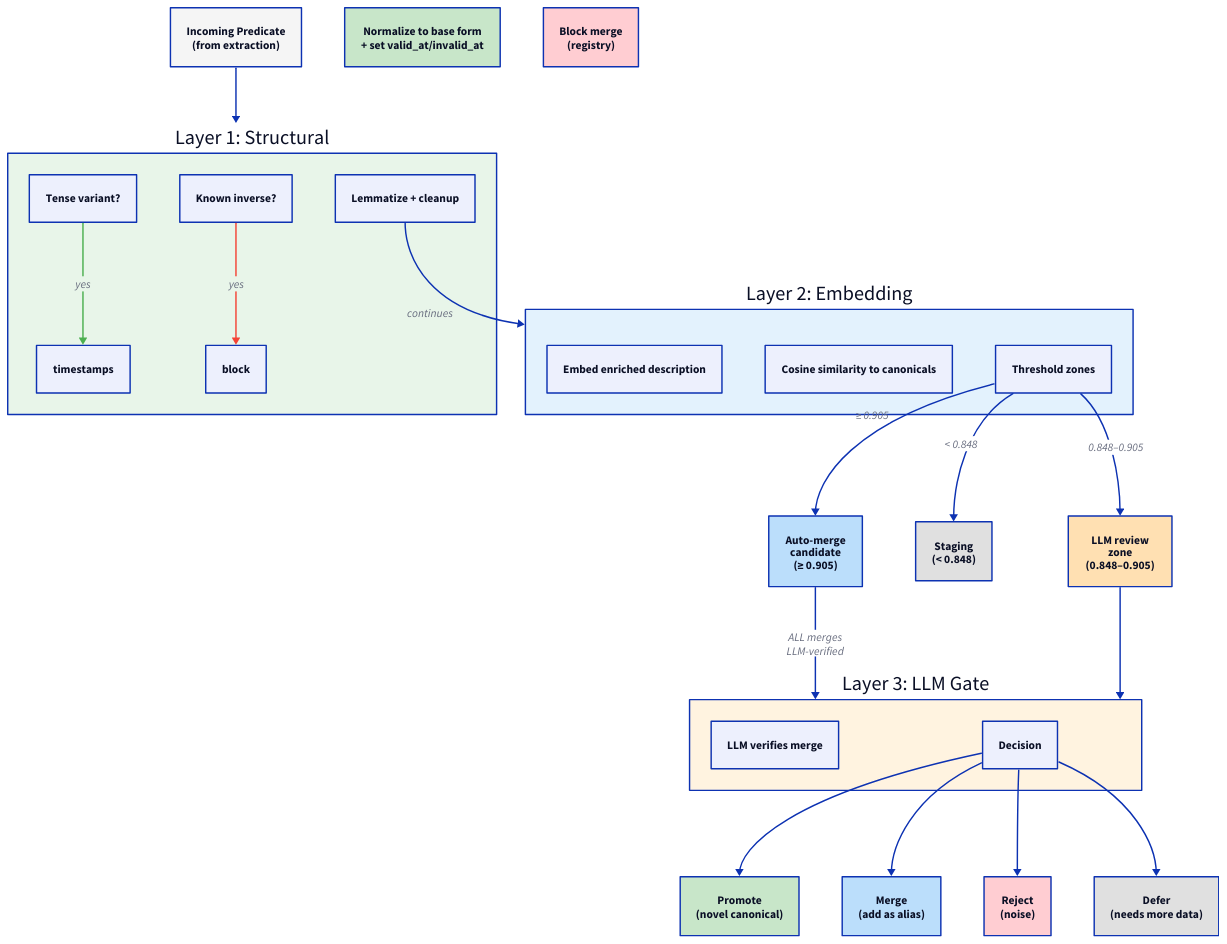
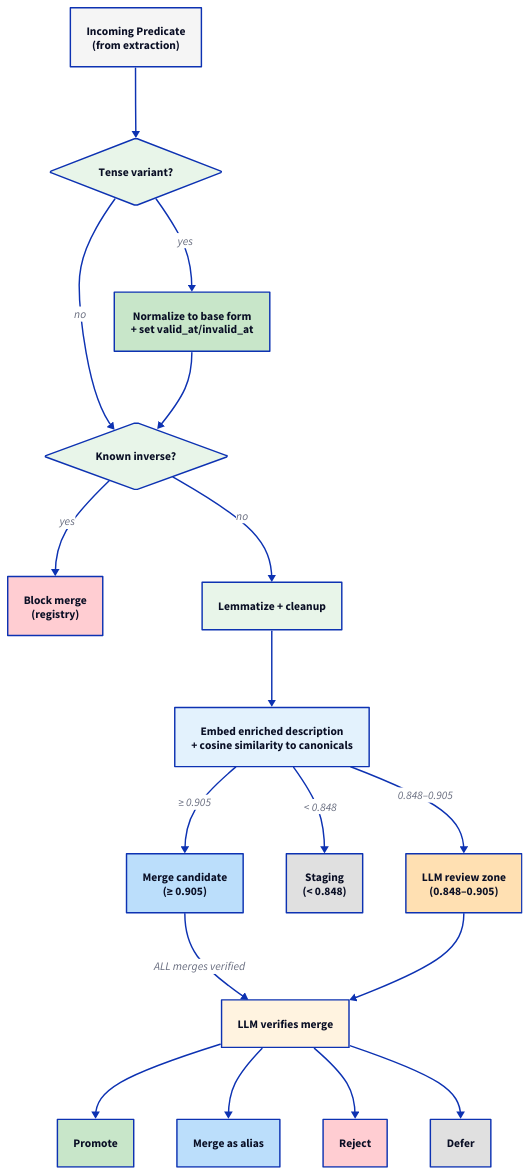
The second of 2 diagrams in docs/design/living-ontology-verification.md (brucemckayone/knowledge-memory-system), drawn with D2 before and after one commit. The commit also changed other lines of this file and 1 other file, not shown here.

Commit message:
fix: D2 diagram syntax — remove cross-container edges
D2 doesn't support edges between elements in different containers.
Flattened nested structures and removed cross-board references.

````diff
--- a/docs/design/living-ontology-verification.md
+++ b/docs/design/living-ontology-verification.md
@@ -47,58 +39,43 @@
 ```d2
 direction: down
 
-input: "Incoming Predicate\n(from extraction)" {
-  style.fill: "#f5f5f5"
-}
+input: "Incoming Predicate\n(from extraction)" {style.fill: "#f5f5f5"}
 
-structural: "Layer 1: Structural" {
-  style.fill: "#e8f5e9"
-  tense_check: "Tense variant?"
-  inverse_check: "Known inverse?"
-  lemmatize: "Lemmatize + cleanup"
+tense_check: "Tense variant?" {style.fill: "#e8f5e9"; shape: diamond}
+timestamps: "Normalize to base form\n+ set valid_at/invalid_at" {style.fill: "#c8e6c9"}
+inverse_check: "Known inverse?" {style.fill: "#e8f5e9"; shape: diamond}
+block: "Block merge\n(registry)" {style.fill: "#ffcdd2"}
+lemmatize: "Lemmatize + cleanup" {style.fill: "#e8f5e9"}
 
-  tense_check -> timestamps: "yes" {style.stroke: "#4caf50"}
-  inverse_check -> block: "yes" {style.stroke: "#f44336"}
-}
+embed: "Embed enriched description\n+ cosine similarity to canonicals" {style.fill: "#e3f2fd"}
 
-timestamps: "Normalize to base form\n+ set valid_at/invalid_at" {
-  style.fill: "#c8e6c9"
-}
-block: "Block merge\n(registry)" {
-  style.fill: "#ffcdd2"
-}
+auto_merge: "Merge candidate\n(≥ 0.905)" {style.fill: "#bbdefb"}
+staging: "Staging\n(< 0.848)" {style.fill: "#e0e0e0"}
+review: "LLM review zone\n(0.848–0.905)" {style.fill: "#ffe0b2"}
 
-embedding: "Layer 2: Embedding" {
-  style.fill: "#e3f2fd"
-  embed: "Embed enriched description"
-  score: "Cosine similarity to canonicals"
-  zone: "Threshold zones"
-}
+llm: "LLM verifies merge" {style.fill: "#fff3e0"}
 
-auto_merge: "Auto-merge\ncandidate\n(≥ 0.905)" {style.fill: "#bbdefb"}
-staging: "Staging\n(< 0.848)" {style.fill: "#e0e0e0"}
-review: "LLM review\nzone\n(0.848–0.905)" {style.fill: "#ffe0b2"}
+promote: "Promote" {style.fill: "#c8e6c9"}
+merge: "Merge as alias" {style.fill: "#bbdefb"}
+reject: "Reject" {style.fill: "#ffcdd2"}
+defer: "Defer" {style.fill: "#e0e0e0"}
 
-llm: "Layer 3: LLM Gate" {
-  style.fill: "#fff3e0"
-  verify: "LLM verifies merge"
-  decide: "Decision"
-}
+input -> tense_check
+tense_check -> timestamps: "yes"
+tense_check -> inverse_check: "no"
+timestamps -> inverse_check
+inverse_check -> block: "yes"
+inverse_check -> lemmatize: "no"
+lemmatize -> embed
 
-promote: "Promote\n(novel canonical)" {style.fill: "#c8e6c9"}
-merge: "Merge\n(add as alias)" {style.fill: "#bbdefb"}
-reject: "Reject\n(noise)" {style.fill: "#ffcdd2"}
-defer: "Defer\n(needs more data)" {style.fill: "#e0e0e0"}
+embed -> auto_merge: "≥ 0.905"
+embed -> staging: "< 0.848"
+embed -> review: "0.848–0.905"
 
-input -> structural
-structural.lemmatize -> embedding: "continues"
-embedding.zone -> auto_merge: "≥ 0.905"
-embedding.zone -> staging: "< 0.848"
-embedding.zone -> review: "0.848–0.905"
-auto_merge -> llm: "ALL merges\nLLM-verified"
+auto_merge -> llm: "ALL merges verified"
 review -> llm
-llm.decide -> promote
-llm.decide -> merge
-llm.decide -> reject
-llm.decide -> defer
+llm -> promote
+llm -> merge
+llm -> reject
+llm -> defer
 ```
````
